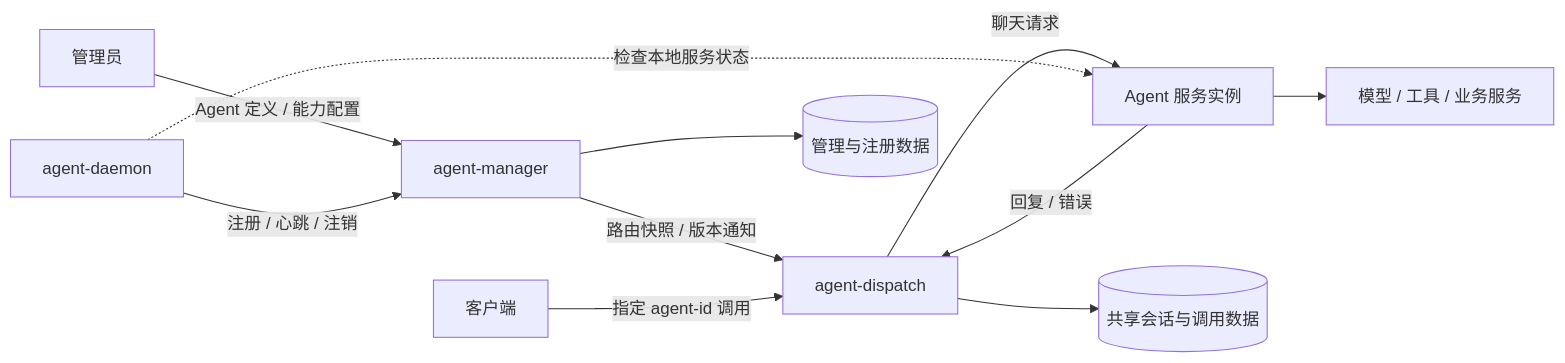
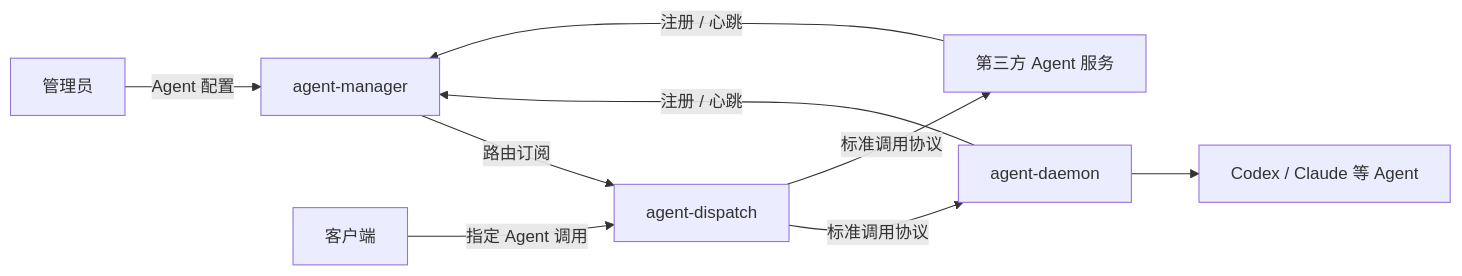
Before and after one commit to qq1426155093/agent-hub: the diagram in README.md, drawn with Mermaid. The commit also changed other lines of this file and 5 other files, not shown here.

Commit message:
docs: clarify agent service architecture and organize documentation

````diff
--- a/README.md
+++ b/README.md
@@ -70,13 +29,11 @@
 ```mermaid
 flowchart LR
-    Admin[管理员] -->|Agent 定义 / 能力配置| Manager[agent-manager]
-    Daemon[agent-daemon] -->|注册 / 心跳 / 注销| Manager
-    Manager -->|路由快照 / 版本通知| Dispatch[agent-dispatch]
-    Client[客户端] -->|指定 agent-id 调用| Dispatch
-    Dispatch -->|聊天请求| Service[Agent 服务实例]
-    Service -->|回复 / 错误| Dispatch
-    Daemon -.->|检查本地服务状态| Service
-    Manager --> ConfigDB[(管理与注册数据)]
-    Dispatch --> ChatDB[(共享会话与调用数据)]
-    Service --> Tools[模型 / 工具 / 业务服务]
+    Admin[管理员] -->|Agent 配置| Manager[agent-manager]
+    Manager -->|路由订阅| Dispatch[agent-dispatch]
+    Client[客户端] -->|指定 Agent 调用| Dispatch
+    Daemon[agent-daemon] -->|注册 / 心跳| Manager
+    ThirdParty[第三方 Agent 服务] -->|注册 / 心跳| Manager
+    Dispatch -->|标准调用协议| Daemon
+    Dispatch -->|标准调用协议| ThirdParty
+    Daemon --> Runtime[Codex / Claude 等 Agent]
 ```
````
